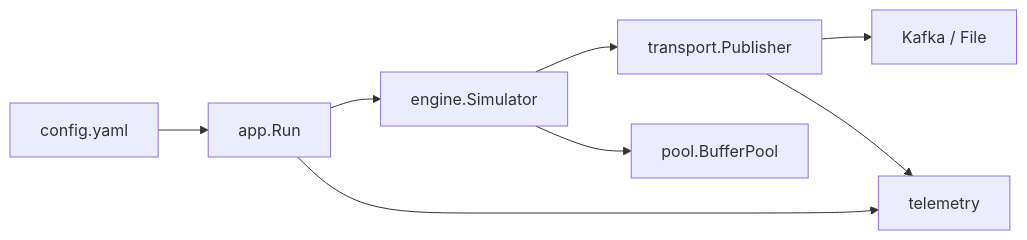
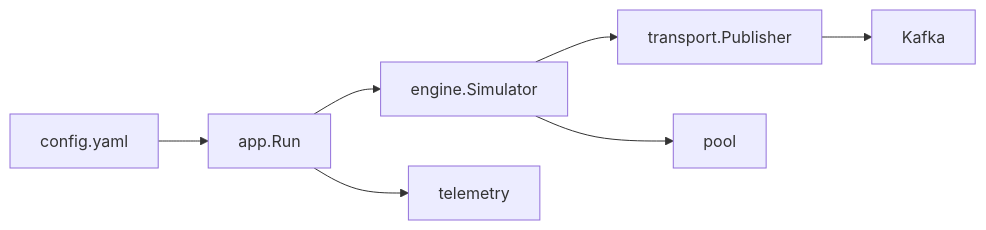
The first of 2 diagrams in README.md (prajeesh-chavan/KafkaFlux), drawn with Mermaid before and after one commit. The commit also changed other lines of this file, not shown here.

Commit message:
docs(readme): fix Mermaid diagrams - simplify arch, restore ERD for data model

````diff
--- a/README.md
+++ b/README.md
@@ -101,10 +101,9 @@
 ```mermaid
 graph LR
     A[config.yaml] --> B[app.Run]
     B --> C[engine.Simulator]
     C --> D[transport.Publisher]
-    D --> E[Kafka / File]
+    D --> E[Kafka]
     B --> F[telemetry]
-    C --> G[pool.BufferPool]
-    D --> F
+    C --> G[pool]
 ```
````
